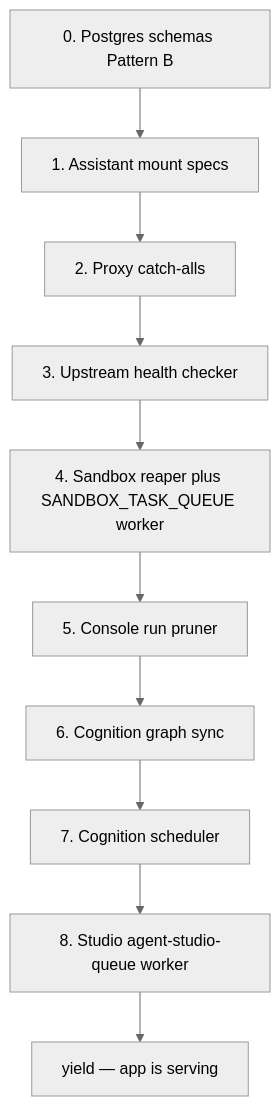
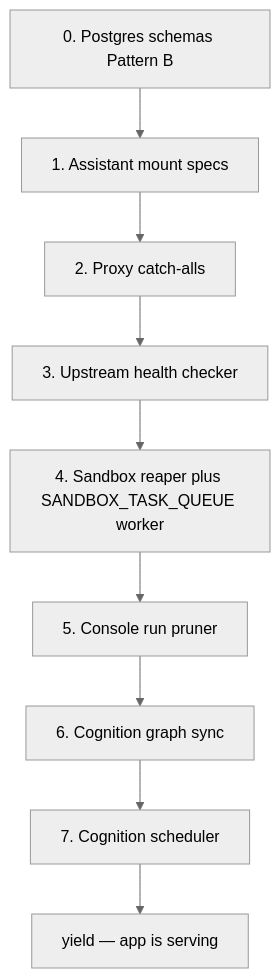
One commit to brandonkindred/Khala-Agentic-AI-Teams changed the diagram in docs/UNIFIED_API_LIFESPAN.md. Above: the diagram before and after it, drawn with Mermaid (neutral theme). The commit also changed other lines of this file and 24 other files, not shown here.

````diff
--- a/docs/UNIFIED_API_LIFESPAN.md
+++ b/docs/UNIFIED_API_LIFESPAN.md
@@ -57,14 +57,13 @@
 ```mermaid
 flowchart TB
     S0["0. Postgres schemas Pattern B"]
     S1["1. Assistant mount specs"]
     S2["2. Proxy catch-alls"]
     S3["3. Upstream health checker"]
     S4["4. Sandbox reaper plus SANDBOX_TASK_QUEUE worker"]
     S5["5. Console run pruner"]
     S6["6. Cognition graph sync"]
     S7["7. Cognition scheduler"]
-    S8["8. Studio agent-studio-queue worker"]
-    S0 --> S1 --> S2 --> S3 --> S4 --> S5 --> S6 --> S7 --> S8
-    S8 --> Yield["yield — app is serving"]
+    S0 --> S1 --> S2 --> S3 --> S4 --> S5 --> S6 --> S7
+    S7 --> Yield["yield — app is serving"]
 ```
````
